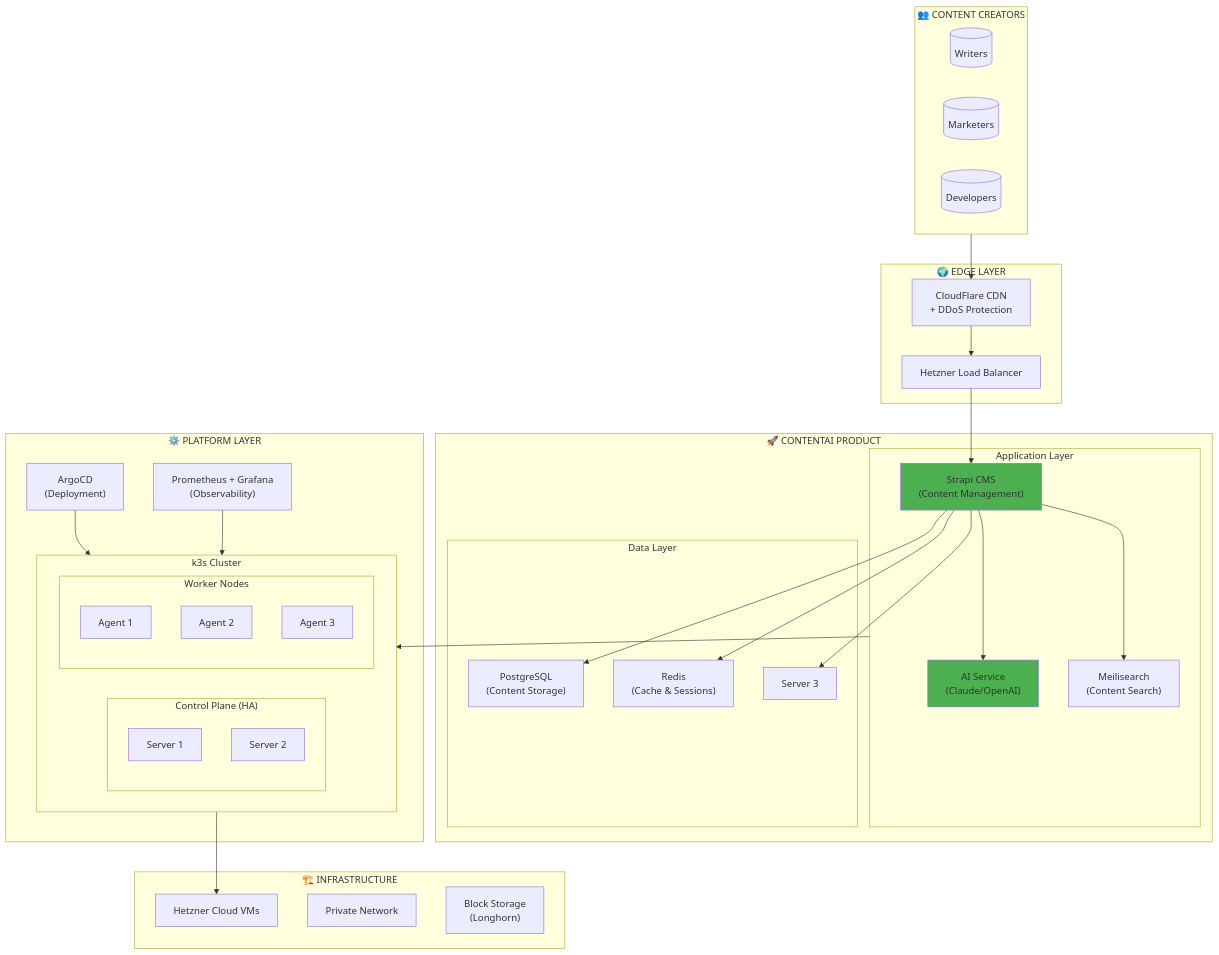
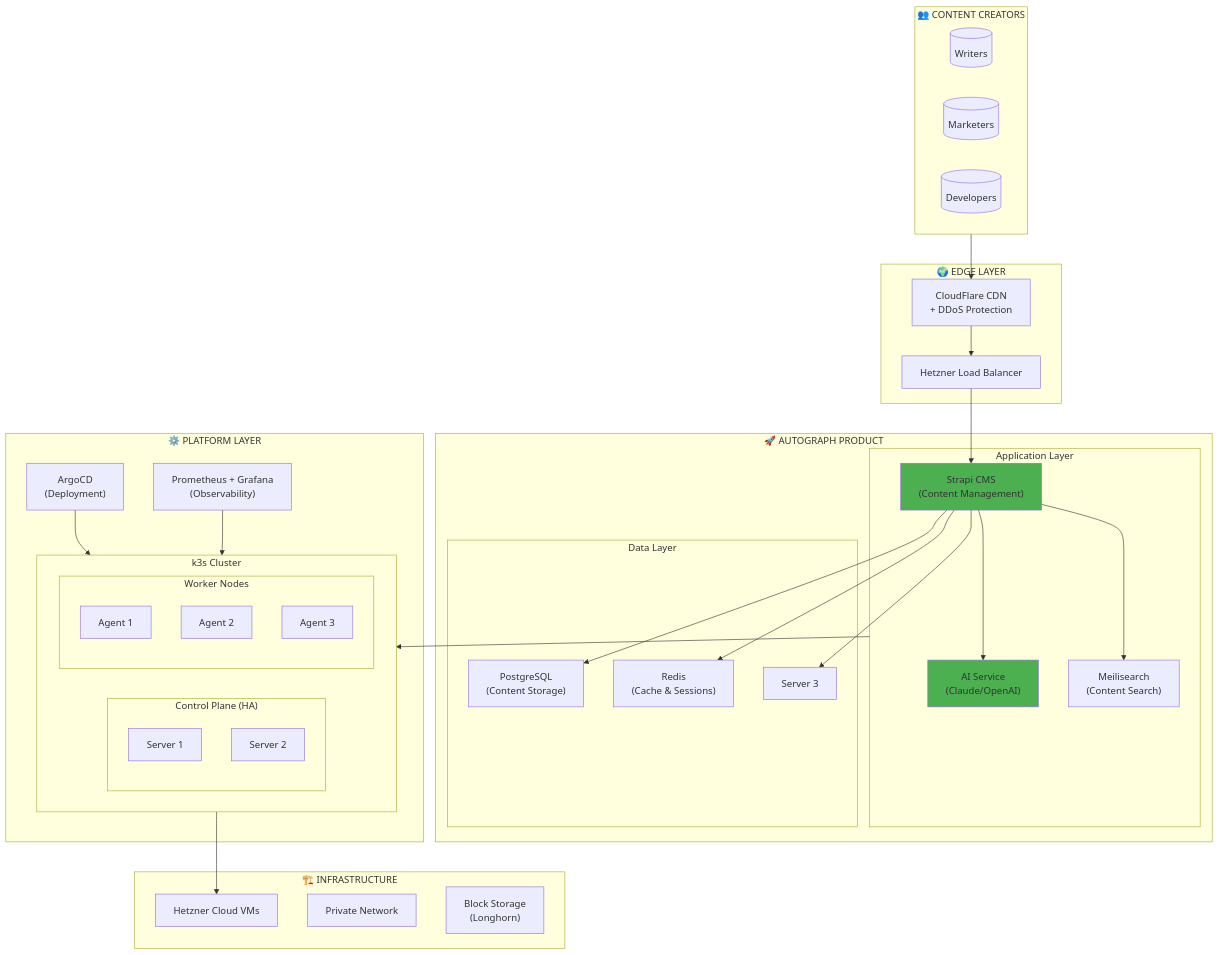
Before and after one commit to PearlThoughtsInternship/Internship-Obsidian-Vault: the first of 9 diagrams in DevOps/01-Product/04-Target-Architecture.md, drawn with Mermaid. The commit also changed other lines of this file and 7 other files, not shown here.

````diff
--- a/DevOps/01-Product/04-Target-Architecture.md
+++ b/DevOps/01-Product/04-Target-Architecture.md
@@ -16,66 +16,66 @@
 ```mermaid
 flowchart TB
     subgraph Users["👥 CONTENT CREATORS"]
         Creator[("Writers")]
         Marketer[("Marketers")]
         Dev[("Developers")]
     end
 
     subgraph Edge["🌍 EDGE LAYER"]
         CF["CloudFlare CDN\n+ DDoS Protection"]
         LB["Hetzner Load Balancer"]
     end
 
-    subgraph Autograph["🚀 CONTENTAI PRODUCT"]
+    subgraph Autograph["🚀 AUTOGRAPH PRODUCT"]
         subgraph App["Application Layer"]
             Strapi["Strapi CMS\n(Content Management)"]
             AI["AI Service\n(Claude/OpenAI)"]
             Search["Meilisearch\n(Content Search)"]
         end
 
         subgraph Data["Data Layer"]
             PG["PostgreSQL\n(Content Storage)"]
             Redis["Redis\n(Cache & Sessions)"]
             S3["S3/MinIO\n(Media Assets)"]
         end
     end
 
     subgraph Platform["⚙️ PLATFORM LAYER"]
         subgraph K8s["k3s Cluster"]
             subgraph CP["Control Plane (HA)"]
                 S1["Server 1"]
                 S2["Server 2"]
                 S3["Server 3"]
             end
             subgraph Workers["Worker Nodes"]
                 A1["Agent 1"]
                 A2["Agent 2"]
                 A3["Agent 3"]
             end
         end
 
         GitOps["ArgoCD\n(Deployment)"]
         Obs["Prometheus + Grafana\n(Observability)"]
     end
 
     subgraph Infra["🏗️ INFRASTRUCTURE"]
         VMs["Hetzner Cloud VMs"]
         Network["Private Network"]
         Storage["Block Storage\n(Longhorn)"]
     end
 
     Users --> CF --> LB --> Strapi
     Strapi --> AI
     Strapi --> Search
     Strapi --> PG
     Strapi --> Redis
     Strapi --> S3
 
     App --> K8s
     K8s --> VMs
     GitOps --> K8s
     Obs --> K8s
 
     style Strapi fill:#4CAF50
     style AI fill:#4CAF50
 ```
````
